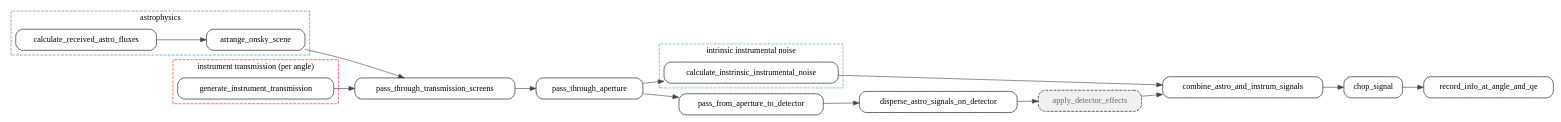
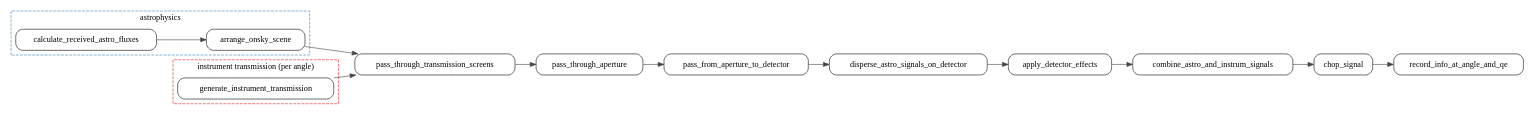
One commit to mwanakijiji/life_detectors changed the diagram in docs/uml/pipeline_flow.dot. Above: the diagram before and after it, drawn with Graphviz. The commit also changed 17 other files, not shown here.

```diff
--- a/docs/uml/pipeline_flow.dot
+++ b/docs/uml/pipeline_flow.dot
@@ -1,53 +1,43 @@
 digraph pipeline {
   rankdir=LR;
   node [shape=box, style="rounded,filled", fillcolor="white"];
   edge [color="#444444"];
 
   subgraph cluster_astrophysics {
     label="astrophysics";
     style="dashed";
     color="#377eb8";
     calculate_received_astro_fluxes;
     arrange_onsky_scene;
   }
 
-  subgraph cluster_intrinsic_instrumental_noise {
-    label="intrinsic instrumental noise";
-    style="dashed";
-    color="#4daf4a";
-    calculate_instrinsic_instrumental_noise;
-  }
-
   subgraph cluster_instrument_transmission_per_angle {
     label="instrument transmission (per angle)";
     style="dashed";
     color="#e41a1c";
     generate_instrument_transmission;
   }
 
   calculate_received_astro_fluxes [label="calculate_received_astro_fluxes"];
   arrange_onsky_scene [label="arrange_onsky_scene"];
-  calculate_instrinsic_instrumental_noise [label="calculate_instrinsic_instrumental_noise"];
+  apply_detector_effects [label="apply_detector_effects"];
+  pass_through_aperture [label="pass_through_aperture"];
+  pass_from_aperture_to_detector [label="pass_from_aperture_to_detector"];
+  disperse_astro_signals_on_detector [label="disperse_astro_signals_on_detector"];
   combine_astro_and_instrum_signals [label="combine_astro_and_instrum_signals"];
   chop_signal [label="chop_signal"];
-  disperse_astro_signals_on_detector [label="disperse_astro_signals_on_detector"];
-  pass_through_aperture [label="pass_through_aperture"];
-  pass_from_aperture_to_detector [label="pass_from_aperture_to_detector"];
   generate_instrument_transmission [label="generate_instrument_transmission"];
   pass_through_transmission_screens [label="pass_through_transmission_screens"];
   record_info_at_angle_and_qe [label="record_info_at_angle_and_qe"];
-  apply_detector_effects [label="apply_detector_effects", style="rounded,dashed,filled", fillcolor="#f0f0f0", fontcolor="#666666"];
 
   calculate_received_astro_fluxes -> arrange_onsky_scene;
-  pass_through_aperture -> calculate_instrinsic_instrumental_noise;
-  apply_detector_effects -> combine_astro_and_instrum_signals;
-  calculate_instrinsic_instrumental_noise -> combine_astro_and_instrum_signals;
-  combine_astro_and_instrum_signals -> chop_signal;
-  pass_from_aperture_to_detector -> disperse_astro_signals_on_detector;
+  disperse_astro_signals_on_detector -> apply_detector_effects;
   pass_through_transmission_screens -> pass_through_aperture;
   pass_through_aperture -> pass_from_aperture_to_detector;
+  pass_from_aperture_to_detector -> disperse_astro_signals_on_detector;
+  apply_detector_effects -> combine_astro_and_instrum_signals;
+  combine_astro_and_instrum_signals -> chop_signal;
   arrange_onsky_scene -> pass_through_transmission_screens;
   generate_instrument_transmission -> pass_through_transmission_screens;
   chop_signal -> record_info_at_angle_and_qe;
-  disperse_astro_signals_on_detector -> apply_detector_effects;
 }
```
